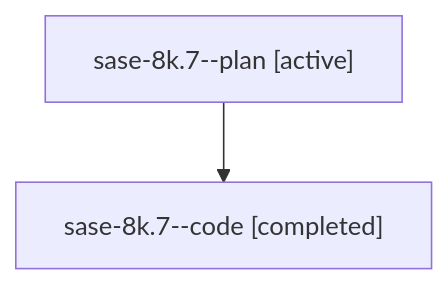
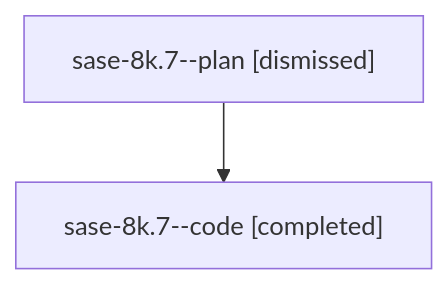
The diagram in sessions/bbugyi200.athena.sase-8k.7.md (sase-org/sase--agents), drawn with Mermaid before and after one commit. The commit also changed other lines of this file and 79 other files, not shown here.

````diff
--- a/sessions/bbugyi200.athena.sase-8k.7.md
+++ b/sessions/bbugyi200.athena.sase-8k.7.md
@@ -9,6 +9,6 @@
 ```mermaid
 flowchart TD
-  n0["sase-8k.7--plan [active]"]
+  n0["sase-8k.7--plan [dismissed]"]
   n1["sase-8k.7--code [completed]"]
   n0 --> n1
 ```
````
